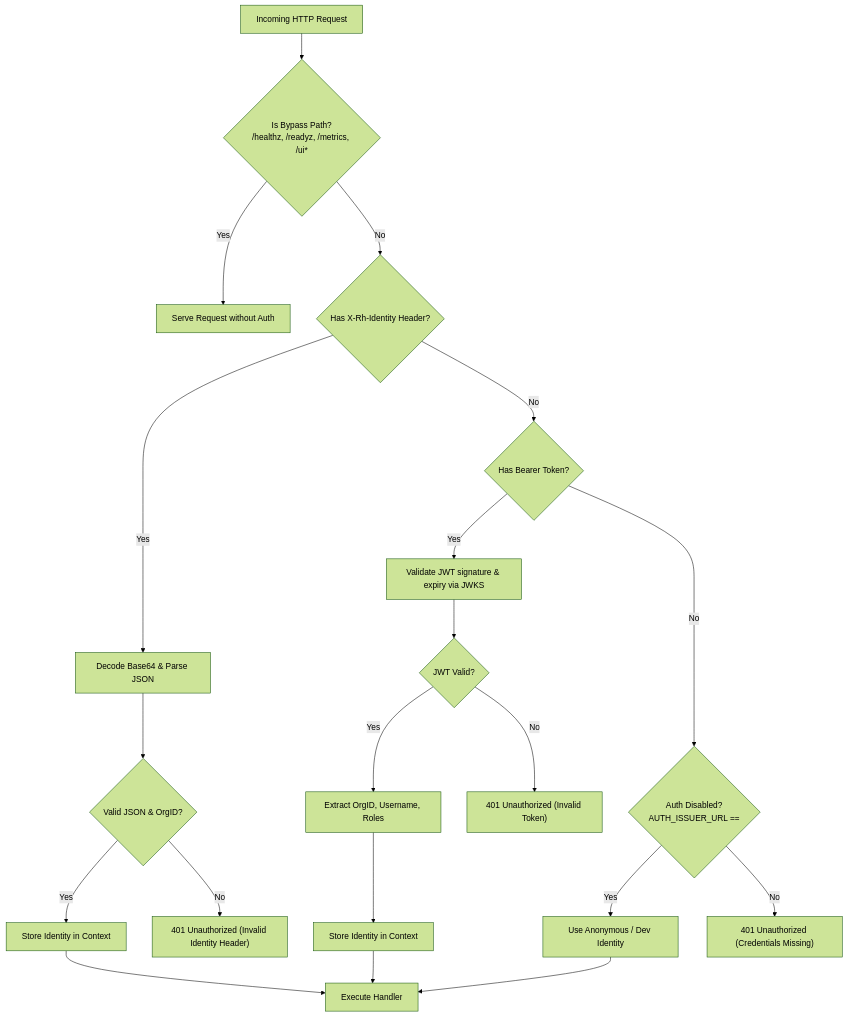
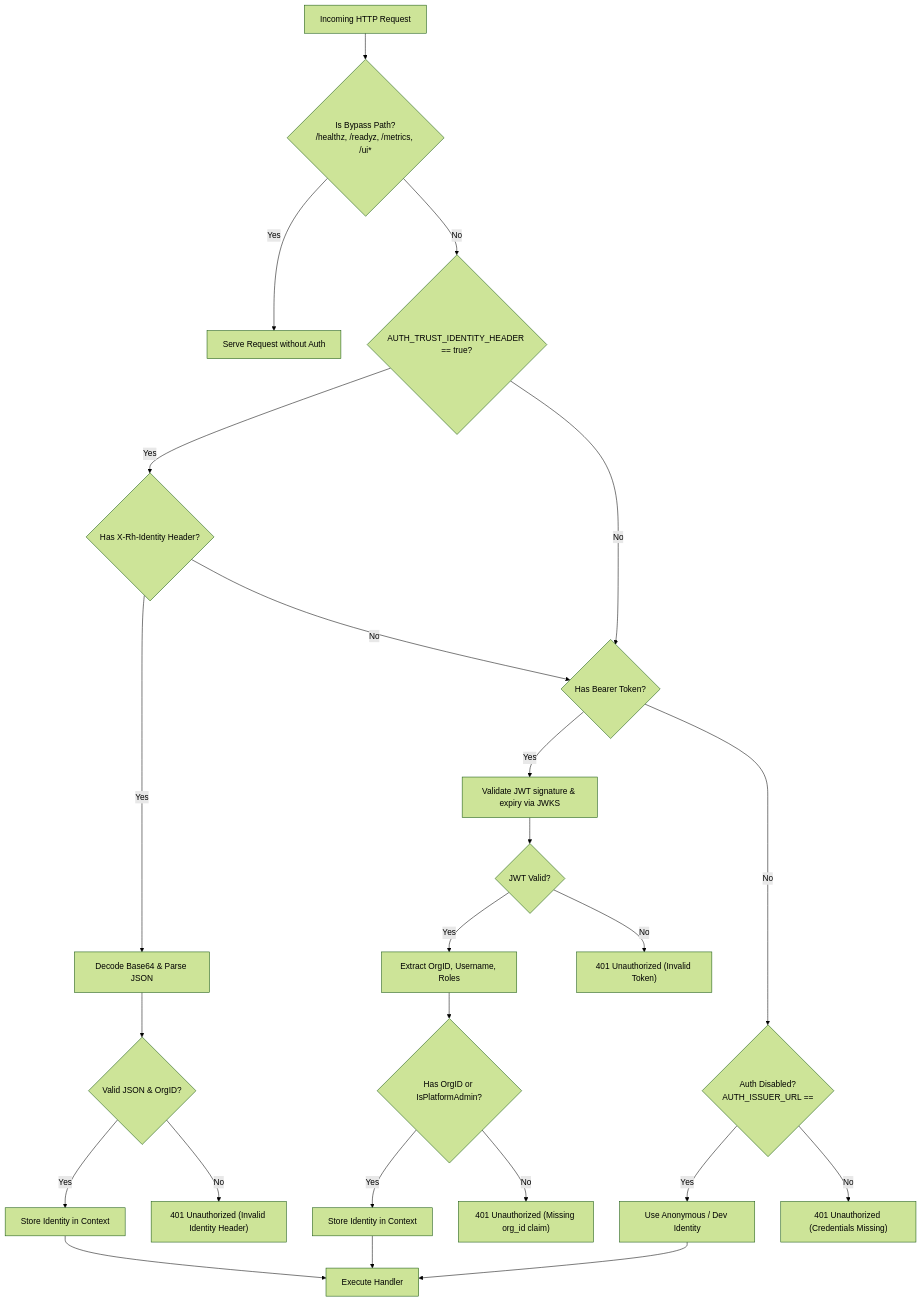
One commit to martinpovolny/koku-events changed the second of 2 diagrams in docs/poc_architecture/koku-onprem-auth-design.md. Above: the diagram before and after it, drawn with Mermaid (forest theme). The commit also changed other lines of this file and 7 other files, not shown here.

Commit message:
fix(auth): gate X-Rh-Identity trust, scope org-admin to OrgID, and require non-empty org_id

````diff
--- a/docs/poc_architecture/koku-onprem-auth-design.md
+++ b/docs/poc_architecture/koku-onprem-auth-design.md
@@ -112,22 +118,27 @@
 ```mermaid
 flowchart TD
     Req[Incoming HTTP Request] --> CheckBypass{Is Bypass Path?<br/>/healthz, /readyz, /metrics, /ui*}
     CheckBypass -- Yes --> Allow[Serve Request without Auth]
-    CheckBypass -- No --> CheckXRh{Has X-Rh-Identity Header?}
+    CheckBypass -- No --> CheckTrust{AUTH_TRUST_IDENTITY_HEADER == true?}
     
+    CheckTrust -- Yes --> CheckXRh{Has X-Rh-Identity Header?}
+    CheckTrust -- No --> CheckBearer{Has Bearer Token?}
+
     CheckXRh -- Yes --> ParseXRh[Decode Base64 & Parse JSON]
     ParseXRh --> ValidXRh{Valid JSON & OrgID?}
     ValidXRh -- Yes --> SetCtx1[Store Identity in Context] --> Next[Execute Handler]
     ValidXRh -- No --> Err401["401 Unauthorized (Invalid Identity Header)"]
+    CheckXRh -- No --> CheckBearer
 
-    CheckXRh -- No --> CheckBearer{Has Bearer Token?}
     CheckBearer -- Yes --> ValidateJWT[Validate JWT signature & expiry via JWKS]
     ValidateJWT --> ValidJWT{JWT Valid?}
     ValidJWT -- Yes --> ExtractClaims[Extract OrgID, Username, Roles]
-    ExtractClaims --> SetCtx2[Store Identity in Context] --> Next
+    ExtractClaims --> CheckOrg{Has OrgID or IsPlatformAdmin?}
+    CheckOrg -- Yes --> SetCtx2[Store Identity in Context] --> Next
+    CheckOrg -- No --> Err401D["401 Unauthorized (Missing org_id claim)"]
     ValidJWT -- No --> Err401B["401 Unauthorized (Invalid Token)"]
 
     CheckBearer -- No --> CheckDev{Auth Disabled?<br/>AUTH_ISSUER_URL == ""}
     CheckDev -- Yes --> DevIdentity[Use Anonymous / Dev Identity] --> Next
     CheckDev -- No --> Err401C["401 Unauthorized (Credentials Missing)"]
 ```
````
